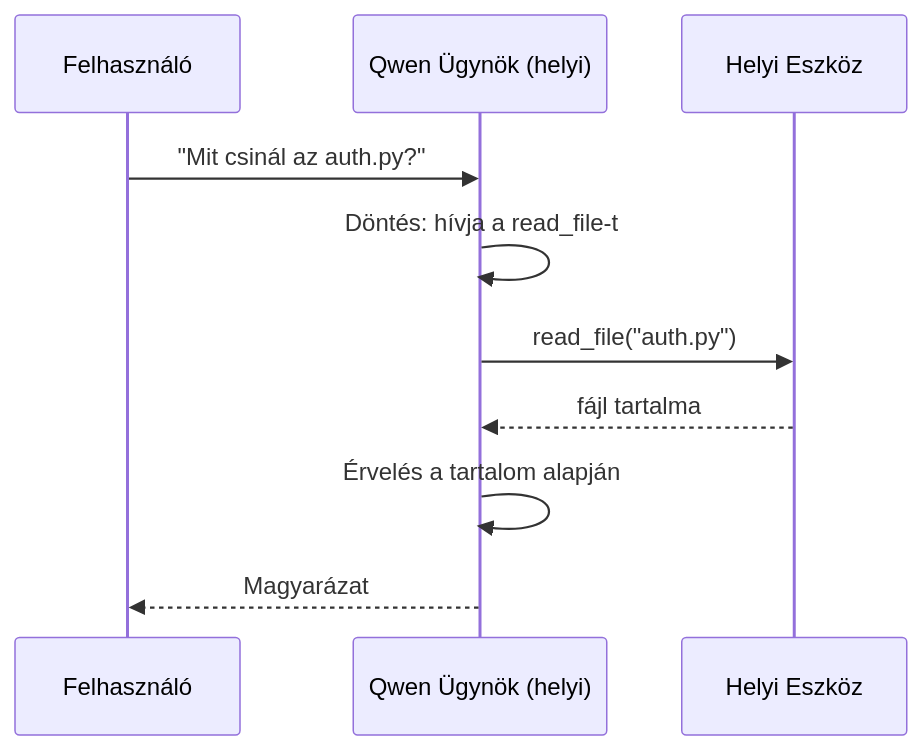
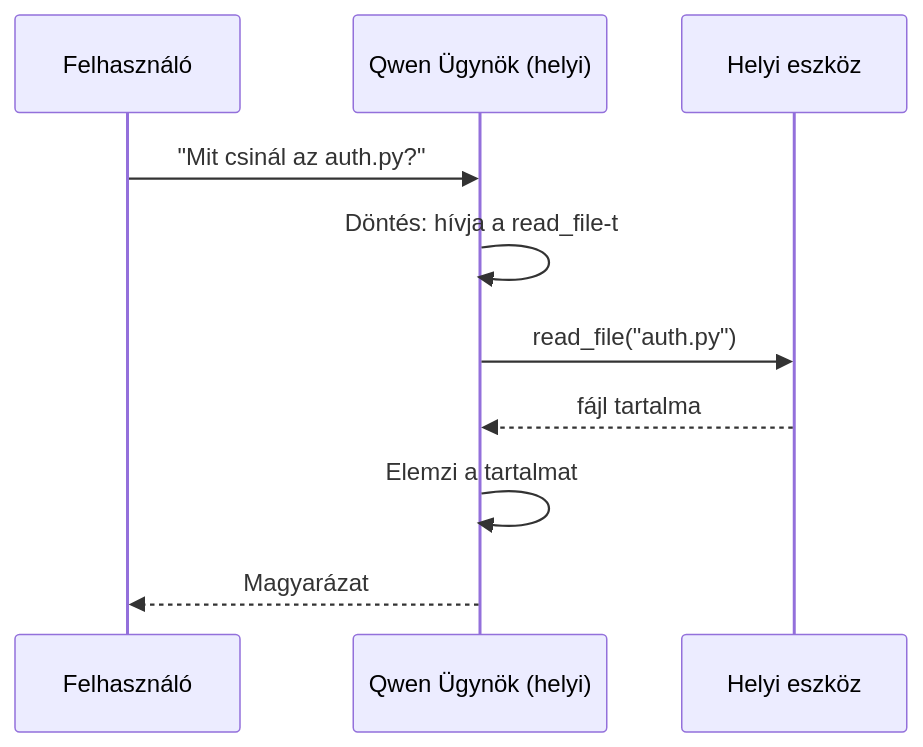
Before and after one commit to microsoft/ai-agents-for-beginners: the second of 4 diagrams in translations/hu/17-creating-local-ai-agents/README.md, drawn with Mermaid. The commit also changed other lines of this file and 47 other files, not shown here.

````diff
--- a/translations/hu/17-creating-local-ai-agents/README.md
+++ b/translations/hu/17-creating-local-ai-agents/README.md
@@ -106,12 +106,12 @@
 ```mermaid
 sequenceDiagram
     participant U as Felhasználó
     participant A as Qwen Ügynök (helyi)
-    participant T as Helyi Eszköz
+    participant T as Helyi eszköz
     U->>A: "Mit csinál az auth.py?"
     A->>A: Döntés: hívja a read_file-t
     A->>T: read_file("auth.py")
     T-->>A: fájl tartalma
-    A->>A: Érvelés a tartalom alapján
+    A->>A: Elemzi a tartalmat
     A-->>U: Magyarázat
 ```
````
